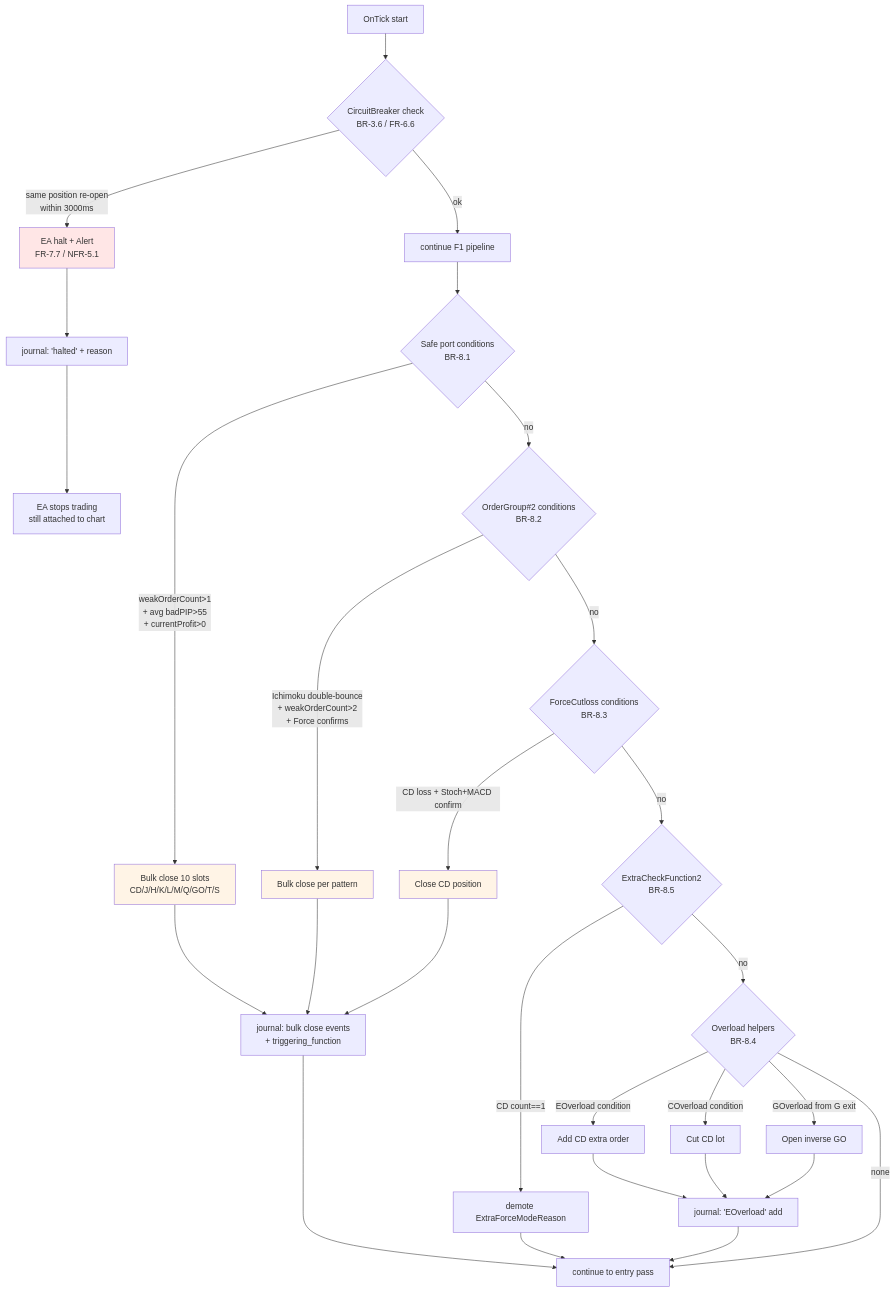
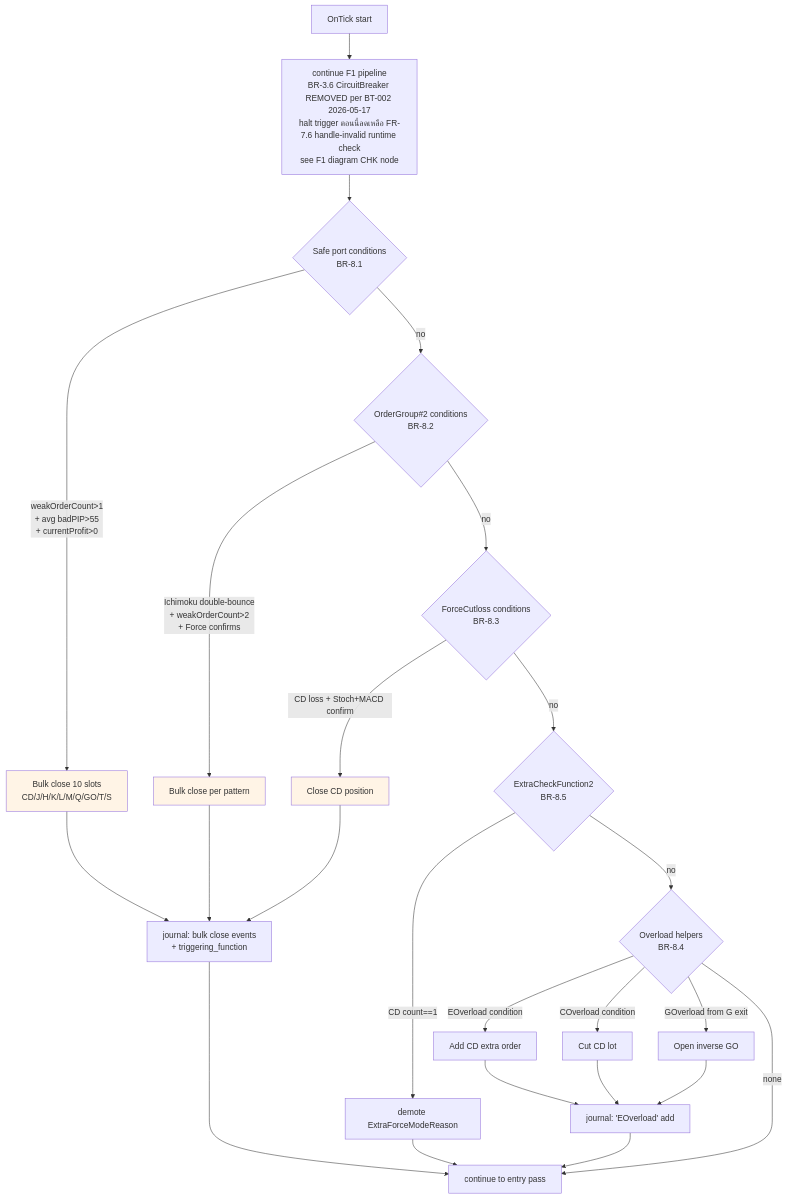
The sixth of 7 diagrams in docs/ba/05-user-flows.md (phoenicisf/forex-analyzer), drawn with Mermaid before and after one commit. The commit also changed other lines of this file and 4 other files, not shown here.

````diff
--- a/docs/ba/05-user-flows.md
+++ b/docs/ba/05-user-flows.md
@@ -433,37 +433,32 @@
 ```mermaid
 flowchart TD
-    START[OnTick start] --> CB{CircuitBreaker check<br/>BR-3.6 / FR-6.6}
-    CB -->|same position re-open<br/>within 3000ms| HALT[EA halt + Alert<br/>FR-7.7 / NFR-5.1]
-    CB -->|ok| CONT[continue F1 pipeline]
-    HALT --> JNL1[journal: 'halted' + reason]
-    JNL1 --> WAIT[EA stops trading<br/>still attached to chart]
+    START[OnTick start] --> CONT[continue F1 pipeline<br/>BR-3.6 CircuitBreaker REMOVED per BT-002 2026-05-17<br/>halt trigger ตอนนี้ลดเหลือ FR-7.6 handle-invalid runtime check<br/>see F1 diagram CHK node]
 
     CONT --> SAFE{Safe port conditions<br/>BR-8.1}
     SAFE -->|weakOrderCount>1<br/>+ avg badPIP>55<br/>+ currentProfit>0| BULK[Bulk close 10 slots<br/>CD/J/H/K/L/M/Q/GO/T/S]
     SAFE -->|no| OG2{OrderGroup#2 conditions<br/>BR-8.2}
     OG2 -->|Ichimoku double-bounce<br/>+ weakOrderCount>2<br/>+ Force confirms| BULK2[Bulk close per pattern]
     OG2 -->|no| FCL{ForceCutloss conditions<br/>BR-8.3}
     FCL -->|CD loss + Stoch+MACD confirm| FCLOSE[Close CD position]
     FCL -->|no| ECF{ExtraCheckFunction2<br/>BR-8.5}
     ECF -->|CD count==1| DEMOTE[demote ExtraForceModeReason]
     ECF -->|no| OVL{Overload helpers<br/>BR-8.4}
     OVL -->|EOverload condition| EXTRA[Add CD extra order]
     OVL -->|COverload condition| CUT[Cut CD lot]
     OVL -->|GOverload from G exit| HEDGE[Open inverse GO]
     OVL -->|none| END[continue to entry pass]
 
     BULK --> JNL2[journal: bulk close events<br/>+ triggering_function]
     BULK2 --> JNL2
     FCLOSE --> JNL2
     EXTRA --> JNL3[journal: 'EOverload' add]
     CUT --> JNL3
     HEDGE --> JNL3
     DEMOTE --> END
     JNL2 --> END
     JNL3 --> END
 
-    style HALT fill:#ffe6e6
     style BULK fill:#fff4e6
     style BULK2 fill:#fff4e6
     style FCLOSE fill:#fff4e6
 ```
````
